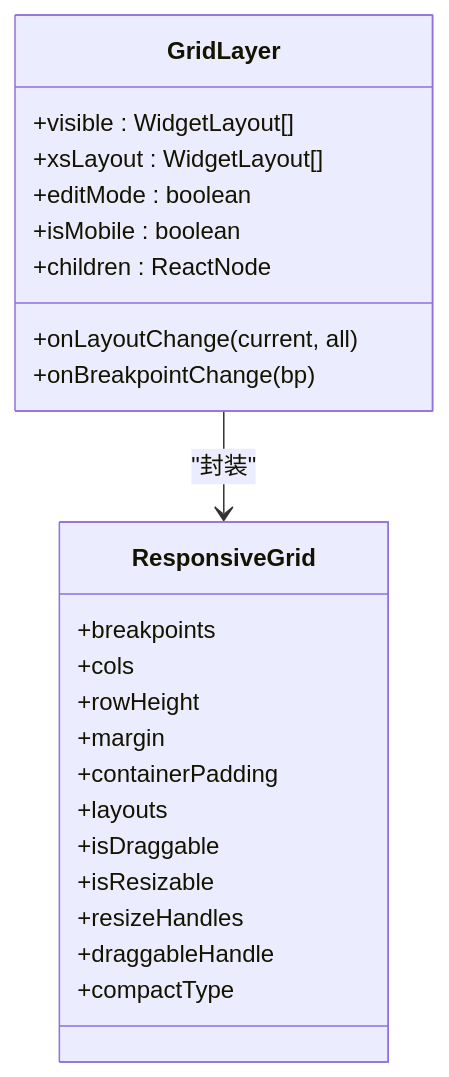
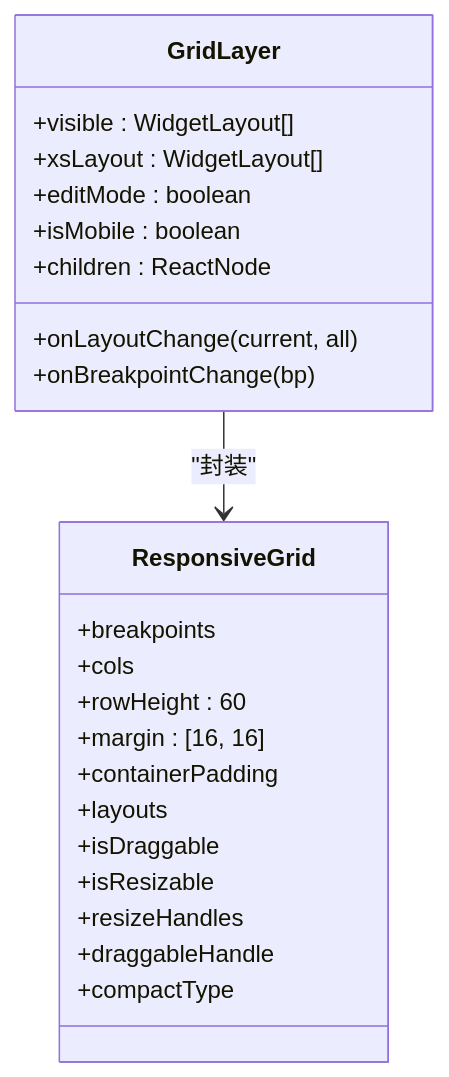
One commit to Zy0913/xtab changed the fourth of 10 diagrams in .qoder/repowiki/zh/content/布局系统.md. Above: the diagram before and after it, drawn with Mermaid. The commit also changed other lines of this file and 15 other files, not shown here.

````diff
--- a/.qoder/repowiki/zh/content/布局系统.md
+++ b/.qoder/repowiki/zh/content/布局系统.md
@@ -249,26 +270,26 @@
 ```mermaid
 classDiagram
 class GridLayer {
 +visible : WidgetLayout[]
 +xsLayout : WidgetLayout[]
 +editMode : boolean
 +isMobile : boolean
 +onLayoutChange(current, all)
 +onBreakpointChange(bp)
 +children : ReactNode
 }
 class ResponsiveGrid {
 +breakpoints
 +cols
-+rowHeight
-+margin
++rowHeight : 60
++margin : [16, 16]
 +containerPadding
 +layouts
 +isDraggable
 +isResizable
 +resizeHandles
 +draggableHandle
 +compactType
 }
 GridLayer --> ResponsiveGrid : "封装"
 ```
````
